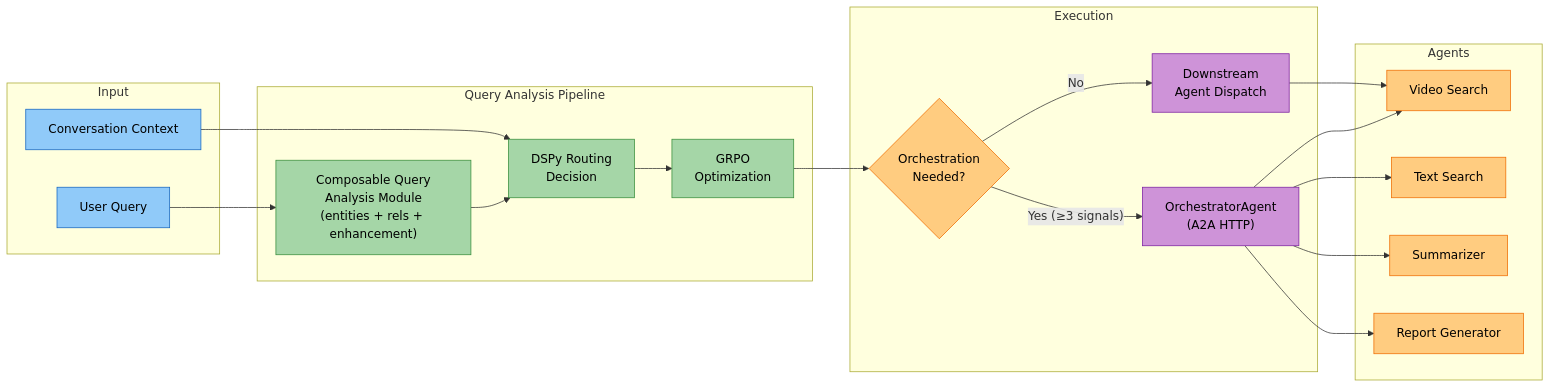
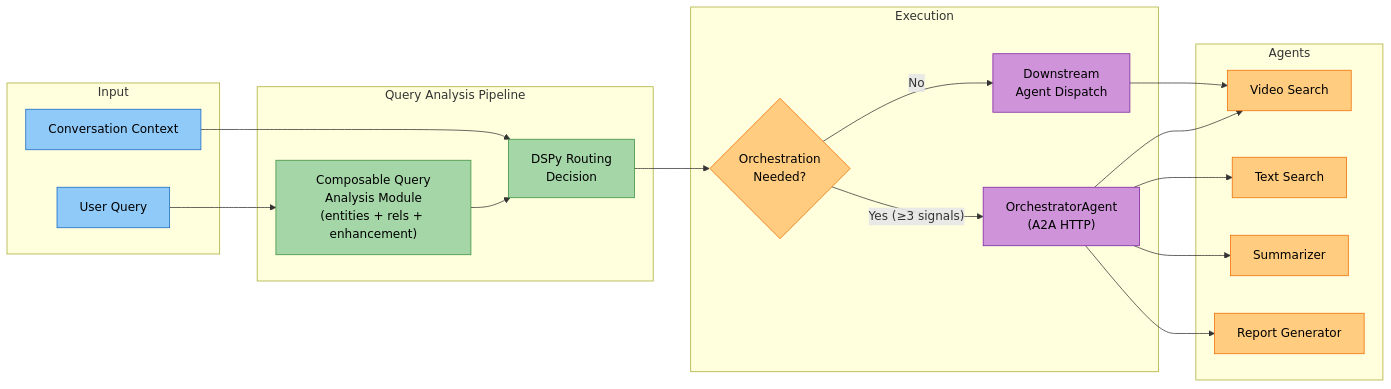
One commit to amit-jain/cogniverse changed the first of 5 diagrams in docs/architecture/intelligent-query-routing.md. Above: the diagram before and after it, drawn with Mermaid. The commit also changed other lines of this file and 19 other files, not shown here.

````diff
--- a/docs/architecture/intelligent-query-routing.md
+++ b/docs/architecture/intelligent-query-routing.md
@@ -19,47 +19,44 @@
 ```mermaid
 graph LR
     subgraph Input
         Q["<span style='color:#000'>User Query</span>"]
         CTX["<span style='color:#000'>Conversation Context</span>"]
     end
 
     subgraph "Query Analysis Pipeline"
         CQA["<span style='color:#000'>Composable Query<br/>Analysis Module<br/>(entities + rels + enhancement)</span>"]
         DSPy["<span style='color:#000'>DSPy Routing<br/>Decision</span>"]
-        GRPO["<span style='color:#000'>GRPO<br/>Optimization</span>"]
     end
 
     subgraph "Execution"
         OD{"<span style='color:#000'>Orchestration<br/>Needed?</span>"}
         DDA["<span style='color:#000'>Downstream<br/>Agent Dispatch</span>"]
         MAO["<span style='color:#000'>OrchestratorAgent<br/>(A2A HTTP)</span>"]
     end
 
     subgraph "Agents"
         VS["<span style='color:#000'>Video Search</span>"]
         TS["<span style='color:#000'>Text Search</span>"]
         SUM["<span style='color:#000'>Summarizer</span>"]
         RPT["<span style='color:#000'>Report Generator</span>"]
     end
 
     Q --> CQA
     CTX --> DSPy
-    CQA --> DSPy --> GRPO
-    GRPO --> OD
+    CQA --> DSPy --> OD
     OD -- "No" --> DDA --> VS
     OD -- "Yes (≥3 signals)" --> MAO
     MAO --> VS & TS & SUM & RPT
 
     style Q fill:#90caf9,stroke:#1565c0,color:#000
     style CTX fill:#90caf9,stroke:#1565c0,color:#000
     style CQA fill:#a5d6a7,stroke:#388e3c,color:#000
     style DSPy fill:#a5d6a7,stroke:#388e3c,color:#000
-    style GRPO fill:#a5d6a7,stroke:#388e3c,color:#000
     style OD fill:#ffcc80,stroke:#ef6c00,color:#000
     style DDA fill:#ce93d8,stroke:#7b1fa2,color:#000
     style MAO fill:#ce93d8,stroke:#7b1fa2,color:#000
     style VS fill:#ffcc80,stroke:#ef6c00,color:#000
     style TS fill:#ffcc80,stroke:#ef6c00,color:#000
     style SUM fill:#ffcc80,stroke:#ef6c00,color:#000
     style RPT fill:#ffcc80,stroke:#ef6c00,color:#000
 ```
````
